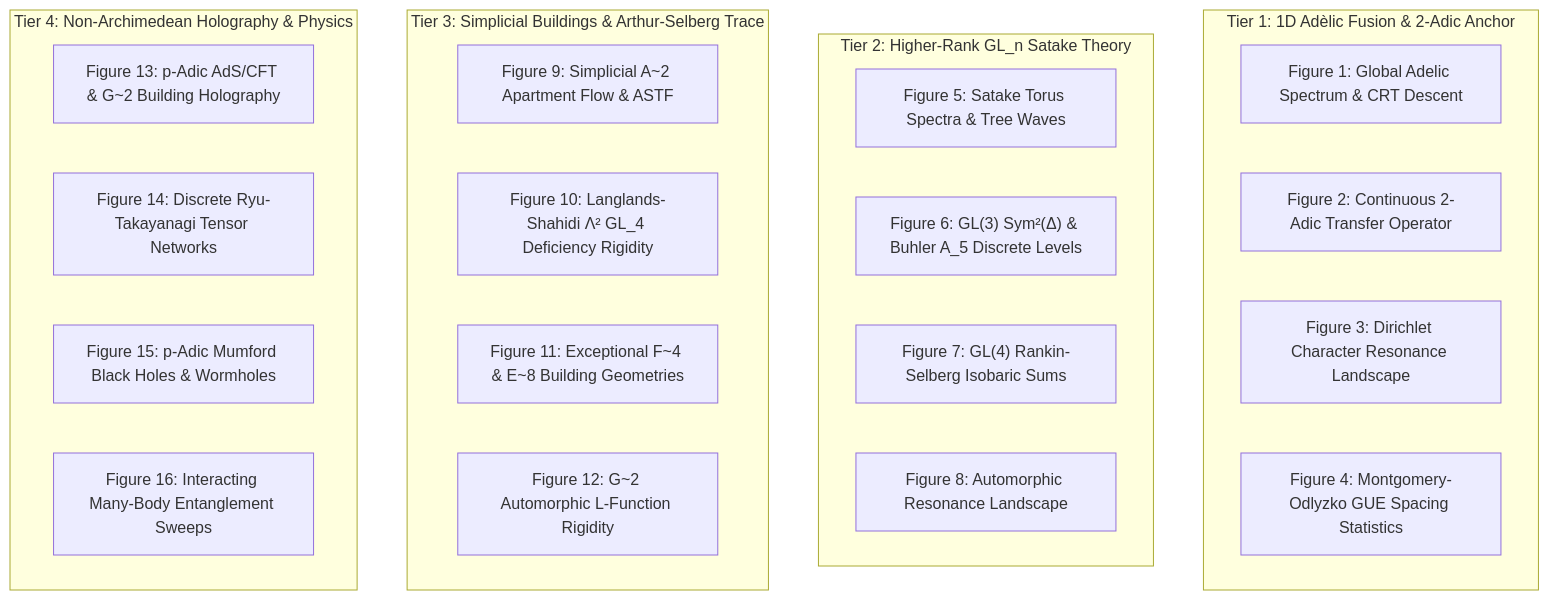
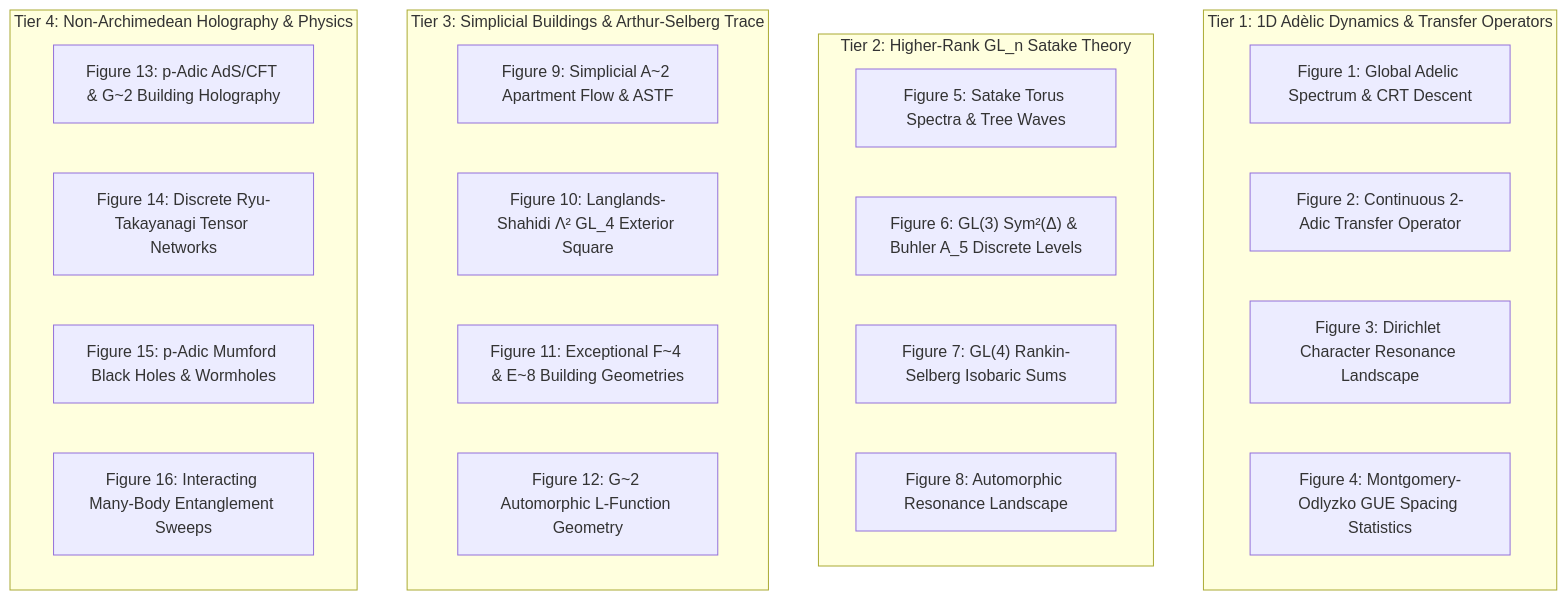
One commit to sneed-and-feed/adelic-spectral-zeta changed the first of 2 diagrams in papers/adelic_spectral_geometry_complete_monograph.md. Above: the diagram before and after it, drawn with Mermaid. The commit also changed other lines of this file and 20 other files, not shown here.

````diff
--- a/papers/adelic_spectral_geometry_complete_monograph.md
+++ b/papers/adelic_spectral_geometry_complete_monograph.md
@@ -66,30 +65,30 @@
 ```mermaid
 graph TD
-    subgraph Tier_1_1D_Adelic_Fusion_2_Adic_Anchor ["Tier 1: 1D Adèlic Fusion & 2-Adic Anchor"]
+    subgraph Tier_1_1D_Adelic_Dynamics ["Tier 1: 1D Adèlic Dynamics & Transfer Operators"]
         T1_Fig1["Figure 1: Global Adelic Spectrum & CRT Descent"]
         T1_Fig2["Figure 2: Continuous 2-Adic Transfer Operator"]
         T1_Fig3["Figure 3: Dirichlet Character Resonance Landscape"]
         T1_Fig4["Figure 4: Montgomery-Odlyzko GUE Spacing Statistics"]
     end
 
     subgraph Tier_2_Higher_Rank_GL_n_Satake_Theory ["Tier 2: Higher-Rank GL_n Satake Theory"]
         T2_Fig1["Figure 5: Satake Torus Spectra & Tree Waves"]
         T2_Fig2["Figure 6: GL(3) Sym²(Δ) & Buhler A_5 Discrete Levels"]
         T2_Fig3["Figure 7: GL(4) Rankin-Selberg Isobaric Sums"]
         T2_Fig4["Figure 8: Automorphic Resonance Landscape"]
     end
 
     subgraph Tier_3_Simplicial_A2_Flow_Arthur_Selberg_Trace ["Tier 3: Simplicial Buildings & Arthur-Selberg Trace"]
         T3_Fig1["Figure 9: Simplicial A~2 Apartment Flow & ASTF"]
-        T3_Fig2["Figure 10: Langlands-Shahidi Λ² GL_4 Deficiency Rigidity"]
+        T3_Fig2["Figure 10: Langlands-Shahidi Λ² GL_4 Exterior Square"]
         T3_Fig3["Figure 11: Exceptional F~4 & E~8 Building Geometries"]
-        T3_Fig4["Figure 12: G~2 Automorphic L-Function Rigidity"]
+        T3_Fig4["Figure 12: G~2 Automorphic L-Function Geometry"]
     end
 
     subgraph Tier_4_Non_Archimedean_Holography_Physics ["Tier 4: Non-Archimedean Holography & Physics"]
         T4_Fig1["Figure 13: p-Adic AdS/CFT & G~2 Building Holography"]
         T4_Fig2["Figure 14: Discrete Ryu-Takayanagi Tensor Networks"]
         T4_Fig3["Figure 15: p-Adic Mumford Black Holes & Wormholes"]
         T4_Fig4["Figure 16: Interacting Many-Body Entanglement Sweeps"]
     end
 ```
````
